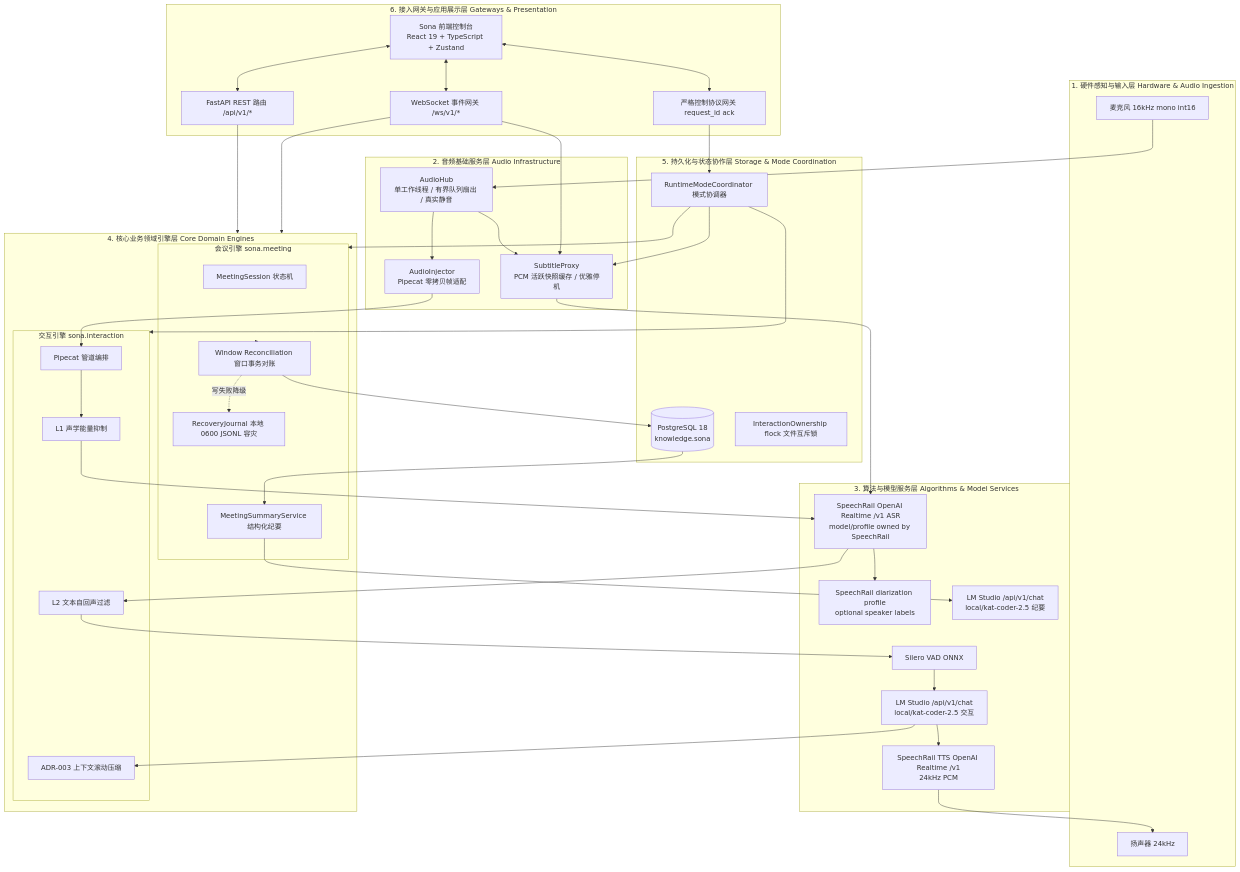
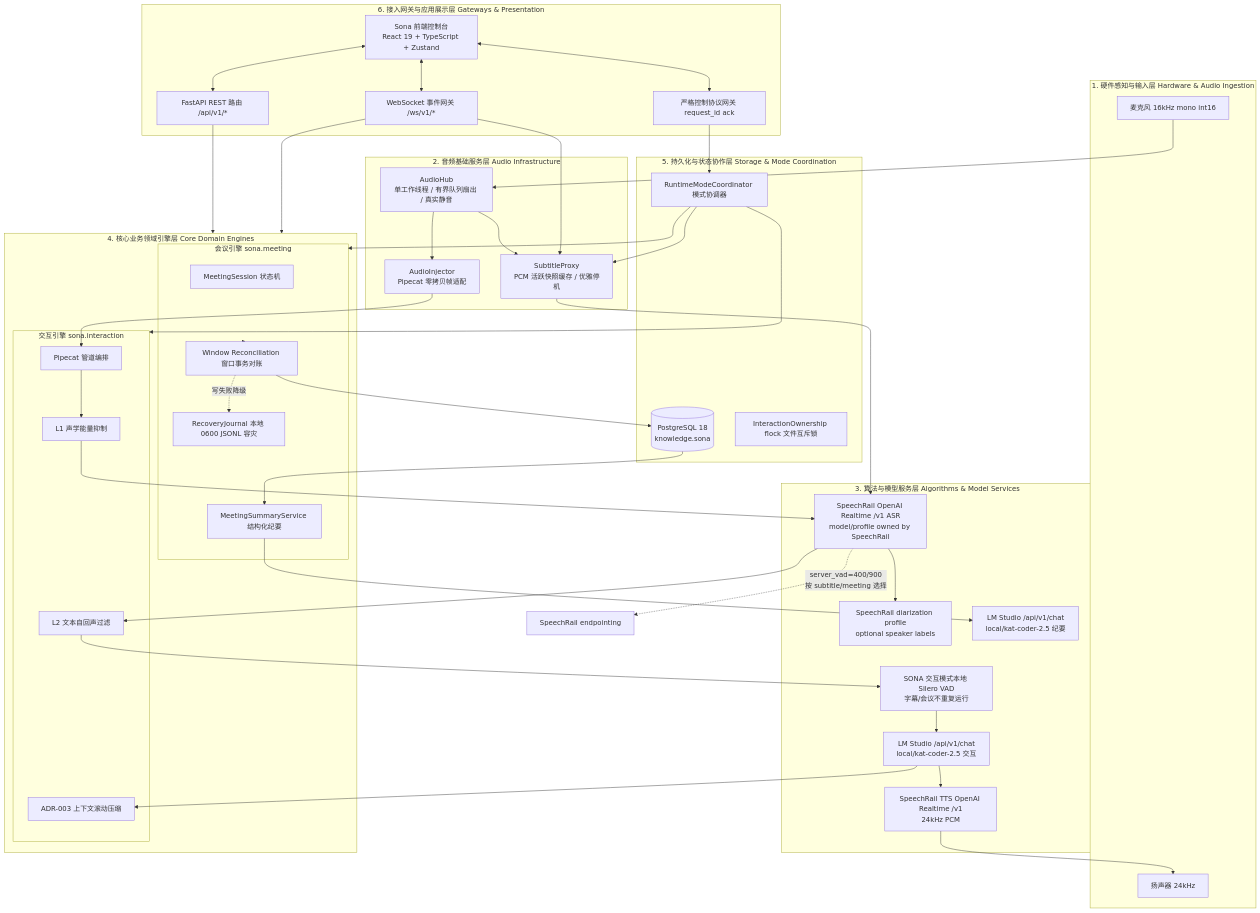
Before and after one commit to hrygo/sona: the first of 13 diagrams in docs/architecture/系统总体架构与详细设计方案.md, drawn with Mermaid. The commit also changed other lines of this file and 11 other files, not shown here.

Commit message:
docs: 同步 SpeechRail 运行方案与验收文档

```diff
--- a/docs/architecture/系统总体架构与详细设计方案.md
+++ b/docs/architecture/系统总体架构与详细设计方案.md
@@ -136,7 +139,7 @@
     end
 
     subgraph L3[3. 算法与模型服务层 Algorithms & Model Services]
-        VAD_M[Silero VAD ONNX]
+        VAD_M[SONA 交互模式本地 Silero VAD<br/>字幕/会议不重复运行]
         ASR_M[SpeechRail OpenAI Realtime /v1 ASR<br/>model/profile owned by SpeechRail]
         DIAR_M[SpeechRail diarization profile<br/>optional speaker labels]
         LLM_M1[LM Studio /api/v1/chat<br/>local/kat-coder-2.5 交互]
@@ -177,6 +180,7 @@
     HUB --> PROXY
     INJECT --> PIPE
     PROXY --> ASR_M
+    ASR_M -. server_vad=400/900<br/>按 subtitle/meeting 选择 .-> ENDPOINT[SpeechRail endpointing]
     ASR_M --> DIAR_M
     
     PIPE --> L1_ECHO
```
